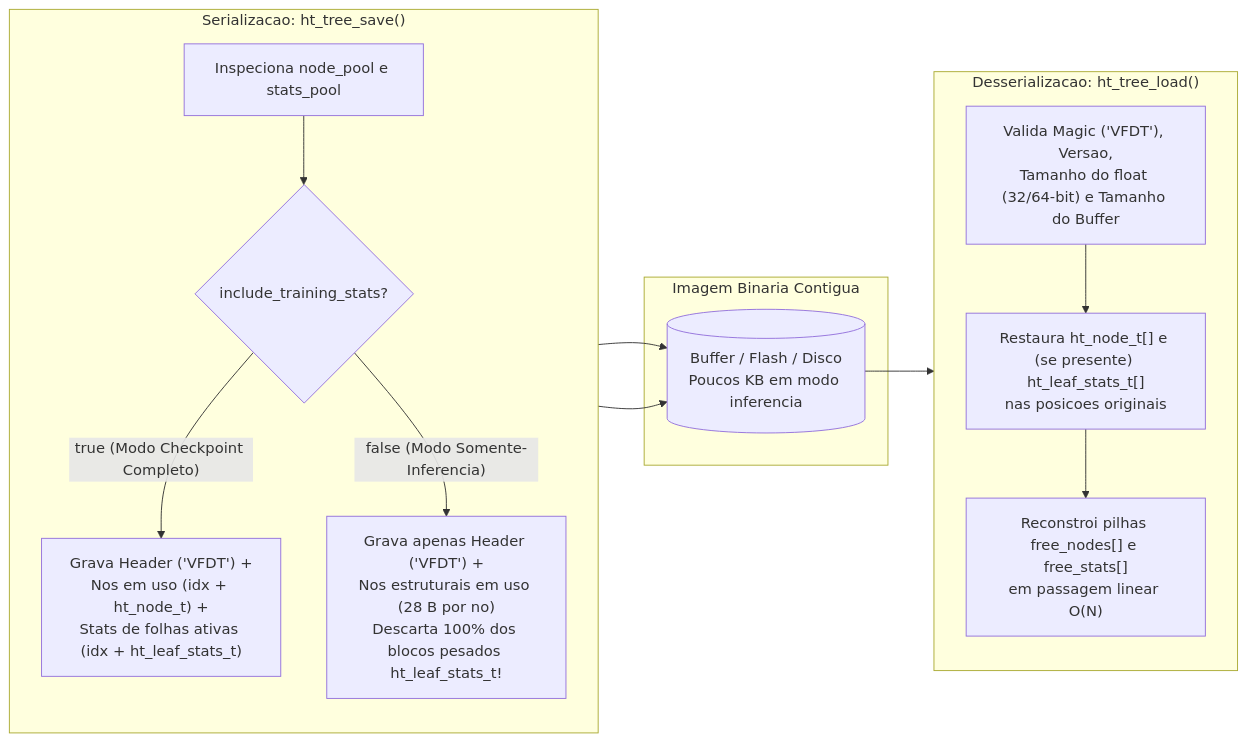
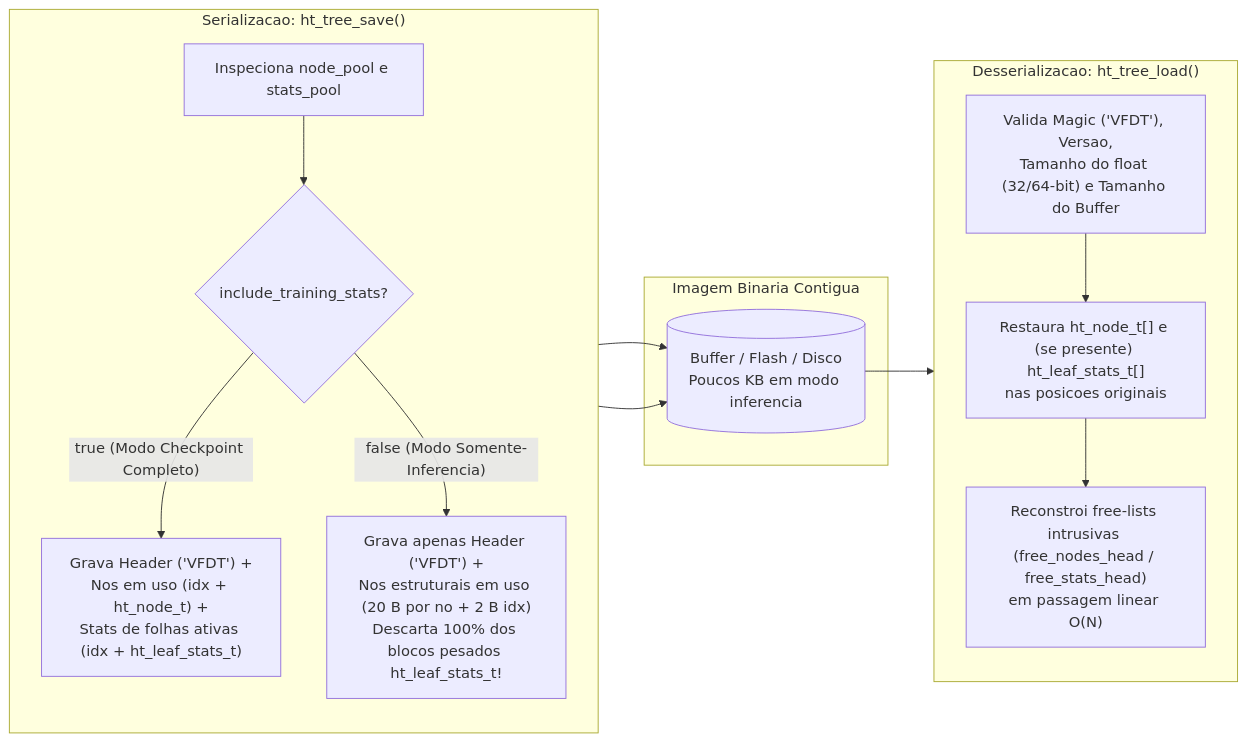
Before and after one commit to Julio-C-Oliveira/pessoal_minimal-decision-tree: the eighth of 8 diagrams in wiki/Arquitetura-e-Fluxogramas.md, drawn with Mermaid. The commit also changed other lines of this file and 8 other files, not shown here.

````diff
--- a/wiki/Arquitetura-e-Fluxogramas.md
+++ b/wiki/Arquitetura-e-Fluxogramas.md
@@ -473,23 +473,23 @@
 ```mermaid
 flowchart LR
     subgraph SAVE["Serializacao: ht_tree_save()"]
         direction TB
         S1["Inspeciona node_pool e stats_pool"] --> S2{"include_training_stats?"}
         S2 -- "true (Modo Checkpoint Completo)" --> S3["Grava Header ('VFDT') +\nNos em uso (idx + ht_node_t) +\nStats de folhas ativas (idx + ht_leaf_stats_t)"]
-        S2 -- "false (Modo Somente-Inferencia)" --> S4["Grava apenas Header ('VFDT') +\nNos estruturais em uso (28 B por no)\nDescarta 100% dos blocos pesados ht_leaf_stats_t!"]
+        S2 -- "false (Modo Somente-Inferencia)" --> S4["Grava apenas Header ('VFDT') +\nNos estruturais em uso (20 B por no + 2 B idx)\nDescarta 100% dos blocos pesados ht_leaf_stats_t!"]
     end
 
     subgraph FLASH["Imagem Binaria Contigua"]
         IMG[("Buffer / Flash / Disco\nPoucos KB em modo inferencia")]
     end
 
     subgraph LOAD["Desserializacao: ht_tree_load()"]
         direction TB
         L1["Valida Magic ('VFDT'), Versao,\nTamanho do float (32/64-bit) e Tamanho do Buffer"] --> L2["Restaura ht_node_t[] e (se presente) ht_leaf_stats_t[]\nnas posicoes originais"]
-        L2 --> L3["Reconstroi pilhas free_nodes[] e free_stats[]\nem passagem linear O(N)"]
+        L2 --> L3["Reconstroi free-lists intrusivas (free_nodes_head / free_stats_head)\nem passagem linear O(N)"]
     end
 
     S3 --> IMG
     S4 --> IMG
     IMG --> L1
 ```
````
